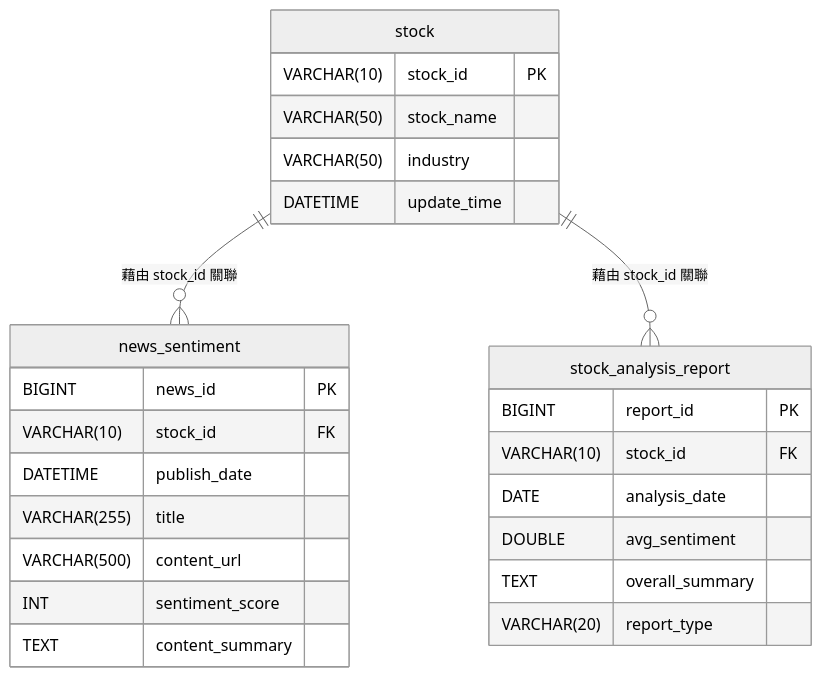
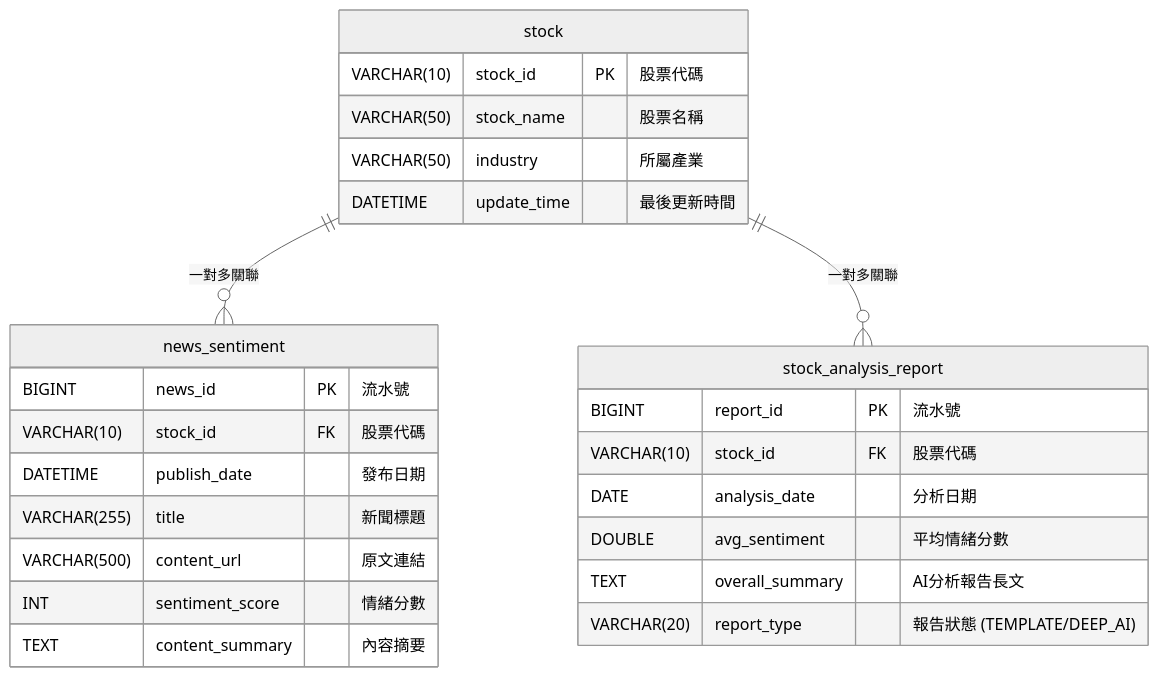
One commit to Addie77/AI_Stock_project changed the diagram in database_schema.md. Above: the diagram before and after it, drawn with Mermaid (neutral theme).

Commit message:
feat(database): 更新資料庫結構，新增中文說明以增強可讀性

````diff
--- a/database_schema.md
+++ b/database_schema.md
@@ -1,32 +1,32 @@
 ```mermaid
 erDiagram
-    %% 這是實體層級的 Schema 圖，包含精確的建表規格
-    stock ||--o{ news_sentiment : "藉由 stock_id 關聯"
-    stock ||--o{ stock_analysis_report : "藉由 stock_id 關聯"
+    %% 這是實體層級的 Schema 圖，包含精確的建表規格與中文說明
+    stock ||--o{ news_sentiment : "一對多關聯"
+    stock ||--o{ stock_analysis_report : "一對多關聯"
 
     stock {
-        VARCHAR(10) stock_id PK
-        VARCHAR(50) stock_name
-        VARCHAR(50) industry
-        DATETIME update_time
+        VARCHAR(10) stock_id PK "股票代碼"
+        VARCHAR(50) stock_name "股票名稱"
+        VARCHAR(50) industry "所屬產業"
+        DATETIME update_time "最後更新時間"
     }
 
     news_sentiment {
-        BIGINT news_id PK
-        VARCHAR(10) stock_id FK
-        DATETIME publish_date
-        VARCHAR(255) title
-        VARCHAR(500) content_url
-        INT sentiment_score
-        TEXT content_summary
+        BIGINT news_id PK "流水號"
+        VARCHAR(10) stock_id FK "股票代碼"
+        DATETIME publish_date "發布日期"
+        VARCHAR(255) title "新聞標題"
+        VARCHAR(500) content_url "原文連結"
+        INT sentiment_score "情緒分數"
+        TEXT content_summary "內容摘要"
     }
 
     stock_analysis_report {
-        BIGINT report_id PK
-        VARCHAR(10) stock_id FK
-        DATE analysis_date
-        DOUBLE avg_sentiment
-        TEXT overall_summary
-        VARCHAR(20) report_type
+        BIGINT report_id PK "流水號"
+        VARCHAR(10) stock_id FK "股票代碼"
+        DATE analysis_date "分析日期"
+        DOUBLE avg_sentiment "平均情緒分數"
+        TEXT overall_summary "AI分析報告長文"
+        VARCHAR(20) report_type "報告狀態 (TEMPLATE/DEEP_AI)"
     }
 ```
````
